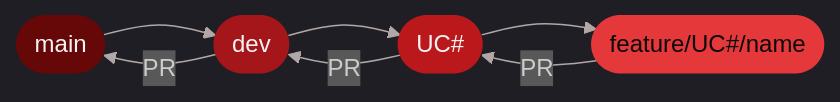
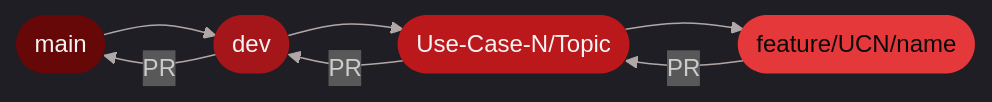
One commit to COS301-SE-2026/Gesture-Based-Drone-Control changed the second of 2 diagrams in README.md. Above: the diagram before and after it, drawn with Mermaid. The commit also changed other lines of this file, not shown here.

````diff
--- a/README.md
+++ b/README.md
@@ -584,22 +745,22 @@
 ```mermaid
 %%{init: {'theme':'dark', 'themeVariables': {
   'primaryColor':'#A4161A','primaryTextColor':'#F5F3F4',
   'primaryBorderColor':'#E5383B','lineColor':'#B1A7A6',
   'secondaryColor':'#161A1D','tertiaryColor':'#0B090A','background':'#0B090A'
 }}}%%
 flowchart LR
     main(["main"]):::main
     dev(["dev"]):::dev
-    uc(["UC#"]):::uc
-    feat(["feature/UC#/name"]):::feat
+    uc(["Use-Case-N/Topic"]):::uc
+    feat(["feature/UCN/name"]):::feat
 
     main --> dev --> uc --> feat
     feat -->|PR| uc
     uc -->|PR| dev
     dev -->|PR| main
 
     classDef main fill:#660708,color:#F5F3F4,stroke:none
     classDef dev  fill:#A4161A,color:#F5F3F4,stroke:none
     classDef uc   fill:#BA181B,color:#F5F3F4,stroke:none
     classDef feat fill:#E5383B,color:#0B090A,stroke:none
 ```
````
